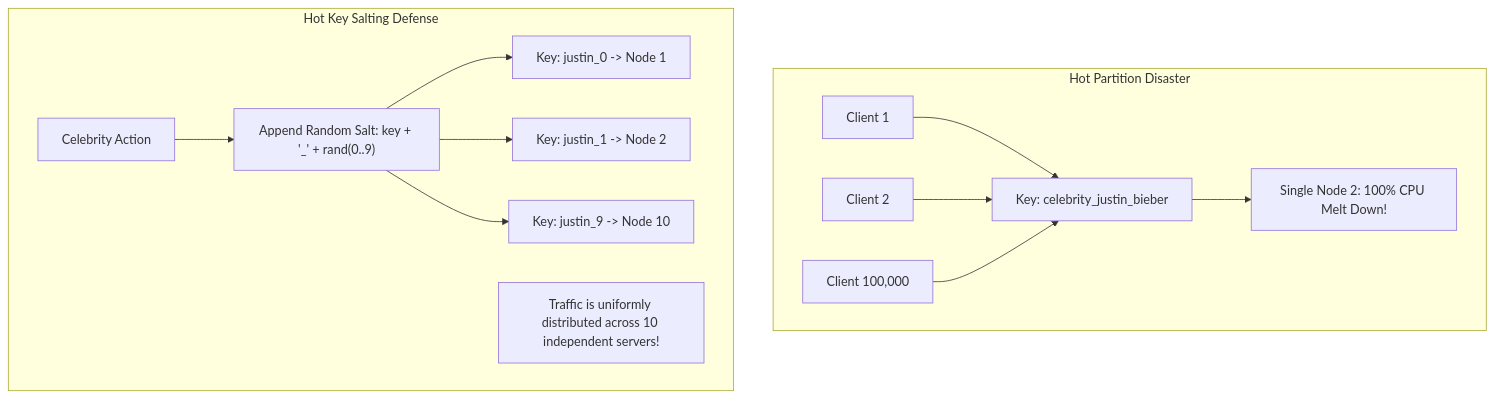
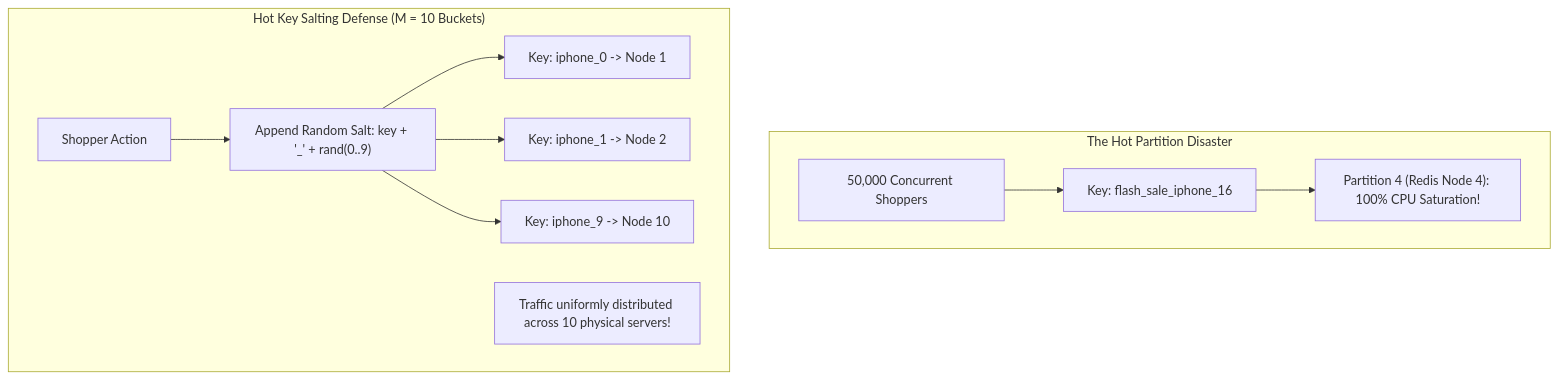
One commit to weaponxwolf/backend-engineering-mastry changed the fifth of 5 diagrams in docs/system-design/fundamentals.mdx. Above: the diagram before and after it, drawn with Mermaid. The commit also changed other lines of this file and 16 other files, not shown here.

````diff
--- a/docs/system-design/fundamentals.mdx
+++ b/docs/system-design/fundamentals.mdx
@@ -262,17 +292,15 @@
 ```mermaid
 flowchart TD
-    subgraph Hot Partition Disaster
-        C1[Client 1] --> Key["Key: celebrity_justin_bieber"]
-        C2[Client 2] --> Key
-        C3[Client 100,000] --> Key
-        Key --> Node2["Single Node 2: 100% CPU Melt Down!"]
+    subgraph HotPartitionCrash ["The Hot Partition Disaster"]
+        Users["50,000 Concurrent Shoppers"] --> SingleKey["Key: flash_sale_iphone_16"]
+        SingleKey --> SingleNode["Partition 4 (Redis Node 4): 100% CPU Saturation!"]
     end
 
-    subgraph Hot Key Salting Defense
-        User["Celebrity Action"] --> Salt["Append Random Salt: key + '_' + rand(0..9)"]
-        Salt --> S0["Key: justin_0 -> Node 1"]
-        Salt --> S1["Key: justin_1 -> Node 2"]
-        Salt --> S9["Key: justin_9 -> Node 10"]
-        Note1["Traffic is uniformly distributed across 10 independent servers!"]
+    subgraph HotKeySaltingSolution ["Hot Key Salting Defense (M = 10 Buckets)"]
+        UserAction["Shopper Action"] --> Salt["Append Random Salt: key + '_' + rand(0..9)"]
+        Salt --> S0["Key: iphone_0 -> Node 1"]
+        Salt --> S1["Key: iphone_1 -> Node 2"]
+        Salt --> S9["Key: iphone_9 -> Node 10"]
+        Note1["Traffic uniformly distributed across 10 physical servers!"]
     end
 ```
````
